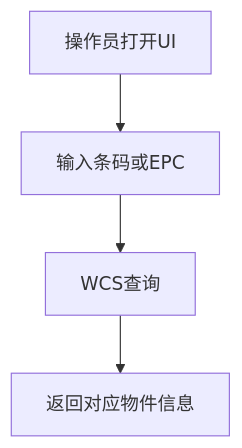
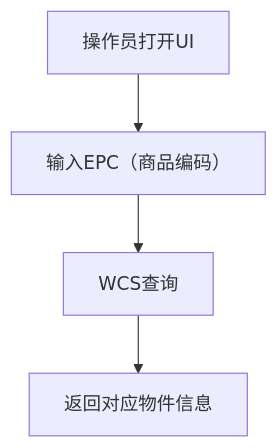
The tenth of 12 diagrams in WCSHttpServer-材料/业务流程说明.md (dryQAQ/WCSHttpServer), drawn with Mermaid before and after one commit. The commit also changed other lines of this file and 68 other files, not shown here.

````diff
--- a/WCSHttpServer-材料/业务流程说明.md
+++ b/WCSHttpServer-材料/业务流程说明.md
@@ -277,6 +277,6 @@
 ```mermaid
 flowchart TD
-    A["操作员打开UI"] --> B["输入条码或EPC"]
+    A["操作员打开UI"] --> B["输入EPC（商品编码）"]
     B --> C["WCS查询"]
     C --> D["返回对应物件信息"]
 ```
````
